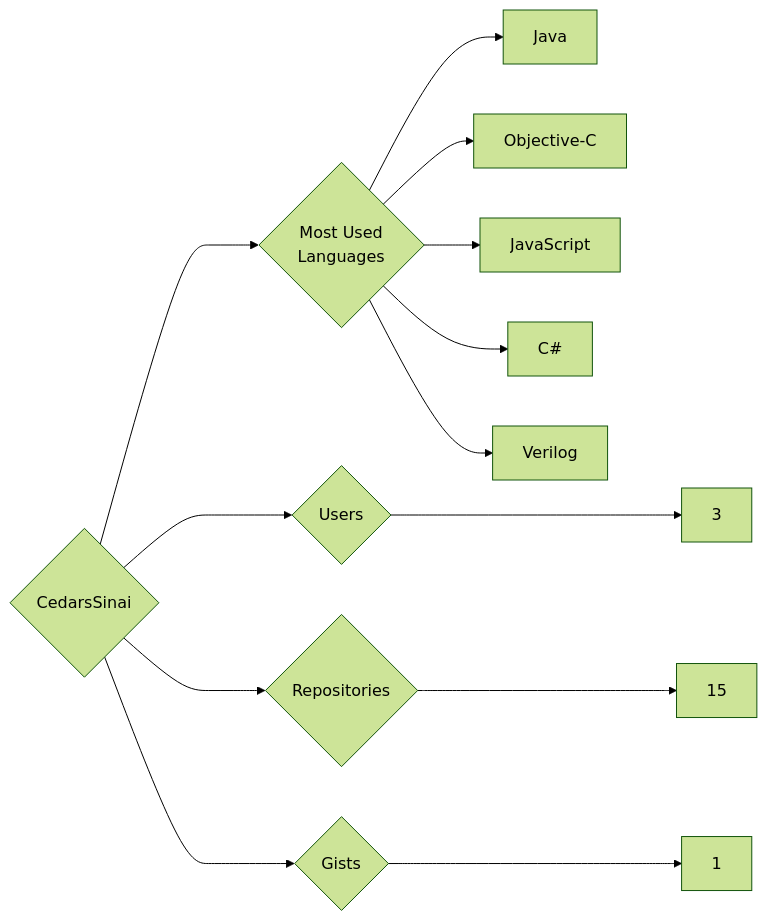
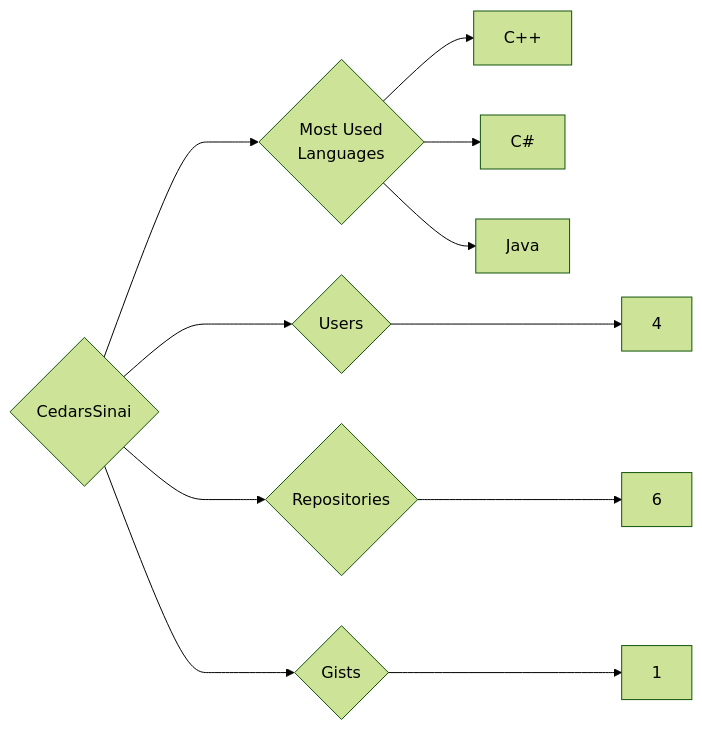
One commit to trickest/insiders changed the diagram in targets/CedarsSinai/README.md. Above: the diagram before and after it, drawn with Mermaid (forest theme). The commit also changed 776 other files, not shown here.

````diff
--- a/targets/CedarsSinai/README.md
+++ b/targets/CedarsSinai/README.md
@@ -3,13 +3,11 @@
 ```mermaid
 graph LR
 COMPANY_NAME{CedarsSinai}
-COMPANY_NAME ---> U{Users} ---> UN[3]
-COMPANY_NAME ---> R{Repositories} ---> RN[15]
+COMPANY_NAME ---> U{Users} ---> UN[4]
+COMPANY_NAME ---> R{Repositories} ---> RN[6]
 COMPANY_NAME ---> G{Gists} ---> GN[1]
 COMPANY_NAME ---> ML{Most Used<br>Languages}
+ML --> C++[C++]
+ML --> C#[C#]
 ML --> Java[Java]
-ML --> Objective-C[Objective-C]
-ML --> JavaScript[JavaScript]
-ML --> C#[C#]
-ML --> Verilog[Verilog]
 ```
````
